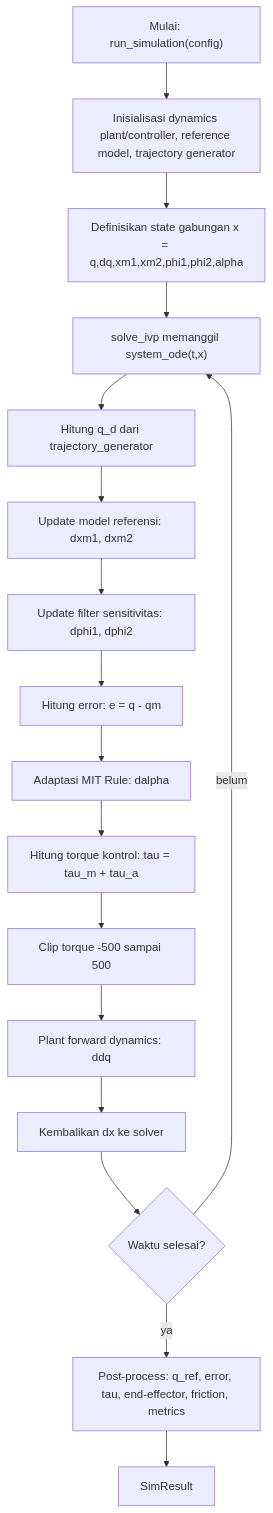
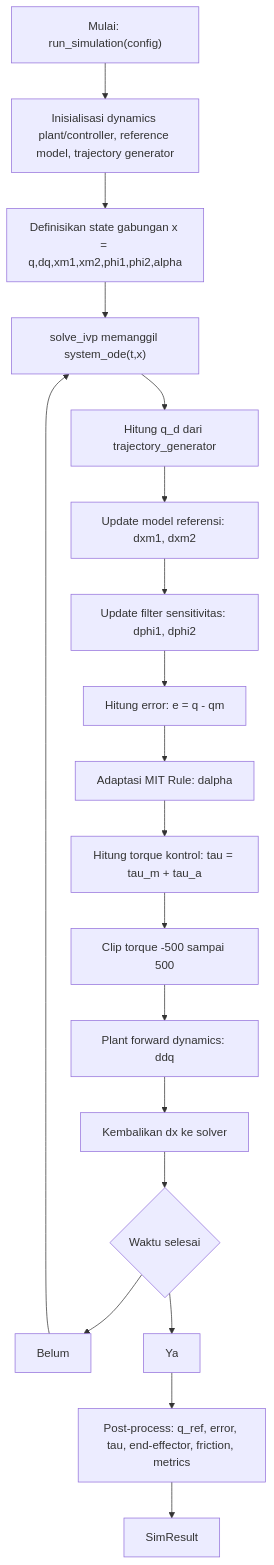
One commit to herian-22/MRAC-Simulation-2dof changed the diagram in README.md. Above: the diagram before and after it, drawn with Mermaid.

Commit message:
fix: simplify mermaid branch routing in README flowchart
Agent-Logs-Url: https://github.com/herian-22/MRAC-Simulation-2dof/sessions/313d3717-dff0-4f80-8986-332027417fa7

````diff
--- a/README.md
+++ b/README.md
@@ -150,19 +150,21 @@
 ```mermaid
 flowchart TD
     A["Mulai: run_simulation(config)"] --> B["Inisialisasi dynamics plant/controller, reference model, trajectory generator"]
     B --> C["Definisikan state gabungan x = q,dq,xm1,xm2,phi1,phi2,alpha"]
     C --> D["solve_ivp memanggil system_ode(t,x)"]
     D --> E["Hitung q_d dari trajectory_generator"]
     E --> F["Update model referensi: dxm1, dxm2"]
     F --> G["Update filter sensitivitas: dphi1, dphi2"]
     G --> H["Hitung error: e = q - qm"]
     H --> I["Adaptasi MIT Rule: dalpha"]
     I --> J["Hitung torque kontrol: tau = tau_m + tau_a"]
     J --> K["Clip torque -500 sampai 500"]
     K --> L["Plant forward dynamics: ddq"]
     L --> M["Kembalikan dx ke solver"]
-    M --> N{"Waktu selesai?"}
-    N -- belum --> D
-    N -- ya --> O["Post-process: q_ref, error, tau, end-effector, friction, metrics"]
+    M --> N{"Waktu selesai"}
+    N --> NB["Belum"]
+    N --> NY["Ya"]
+    NB --> D
+    NY --> O["Post-process: q_ref, error, tau, end-effector, friction, metrics"]
     O --> P["SimResult"]
 ```
````
